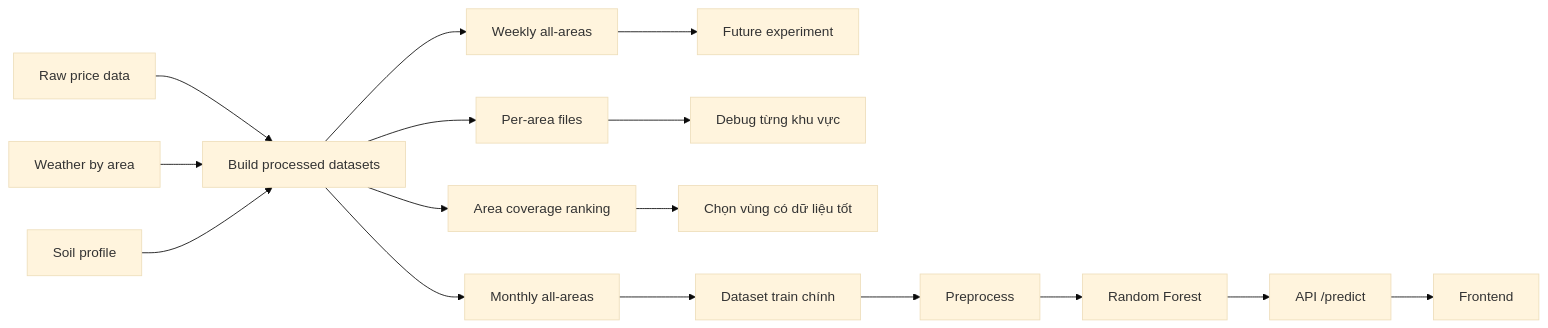
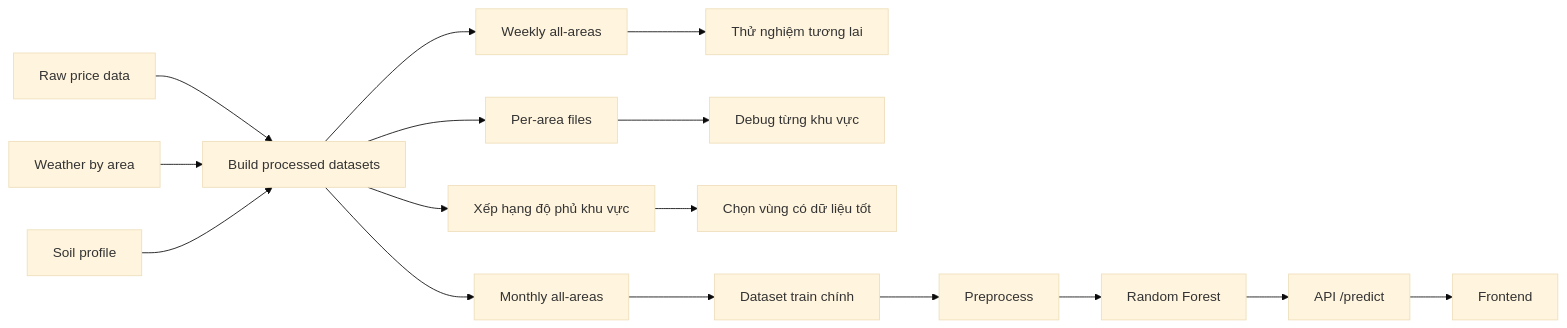
Before and after one commit to uit-25730067-chithanh/AI002-Team22-DT10: the second of 8 diagrams in docs/project-roadmap.md, drawn with Mermaid (base theme). The commit also changed other lines of this file and 2 other files, not shown here.

First line of the commit message:
docs(core): update README, codebase summary and project roadmap

````diff
--- a/docs/project-roadmap.md
+++ b/docs/project-roadmap.md
@@ -25,21 +25,21 @@
 ```mermaid
 flowchart LR
     A[Raw price data] --> D[Build processed datasets]
     B[Weather by area] --> D
     C[Soil profile] --> D
 
     D --> E[Weekly all-areas]
     D --> F[Monthly all-areas]
     D --> G[Per-area files]
-    D --> H[Area coverage ranking]
+    D --> H[Xếp hạng độ phủ khu vực]
 
-    E --> I[Future experiment]
+    E --> I[Thử nghiệm tương lai]
     G --> J[Debug từng khu vực]
     H --> K[Chọn vùng có dữ liệu tốt]
     F --> L[Dataset train chính]
 
     L --> M[Preprocess]
     M --> N[Random Forest]
     N --> O[API /predict]
     O --> P[Frontend]
 ```
````
